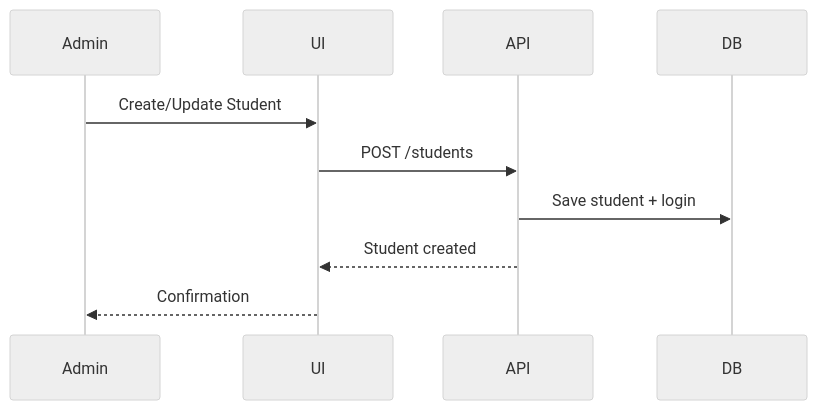
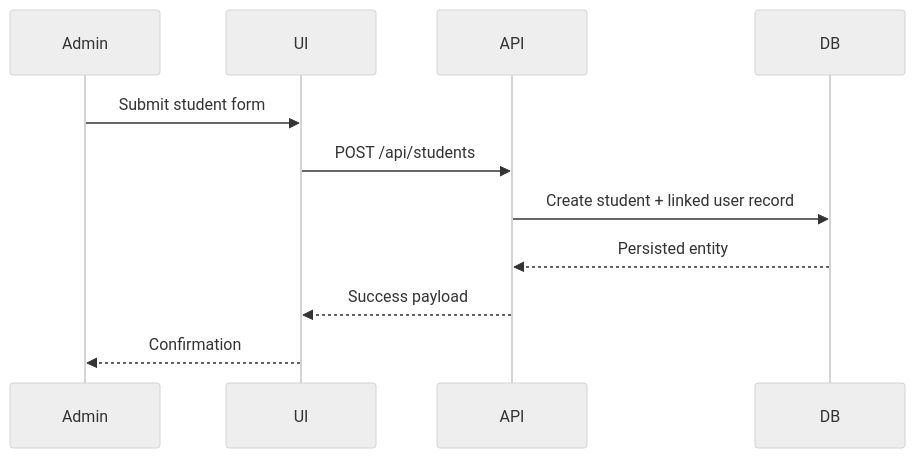
Before and after one commit to SRIXENO/Smart-performance-dashboard: the fifth of 6 diagrams in FEATURES.md, drawn with Mermaid (neutral theme). The commit also changed other lines of this file and 3 other files, not shown here.

````diff
--- a/FEATURES.md
+++ b/FEATURES.md
@@ -75,12 +163,13 @@
 ```mermaid
 sequenceDiagram
   participant Admin
   participant UI
   participant API
   participant DB
-  Admin->>UI: Create/Update Student
-  UI->>API: POST /students
-  API->>DB: Save student + login
-  API-->>UI: Student created
+  Admin->>UI: Submit student form
+  UI->>API: POST /api/students
+  API->>DB: Create student + linked user record
+  DB-->>API: Persisted entity
+  API-->>UI: Success payload
   UI-->>Admin: Confirmation
 ```
````
